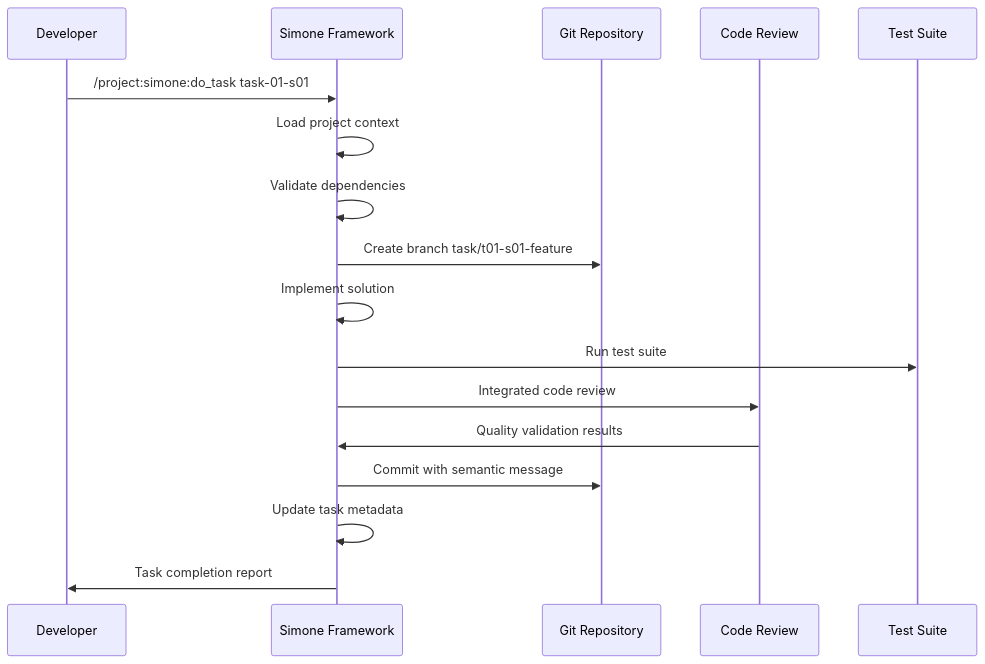
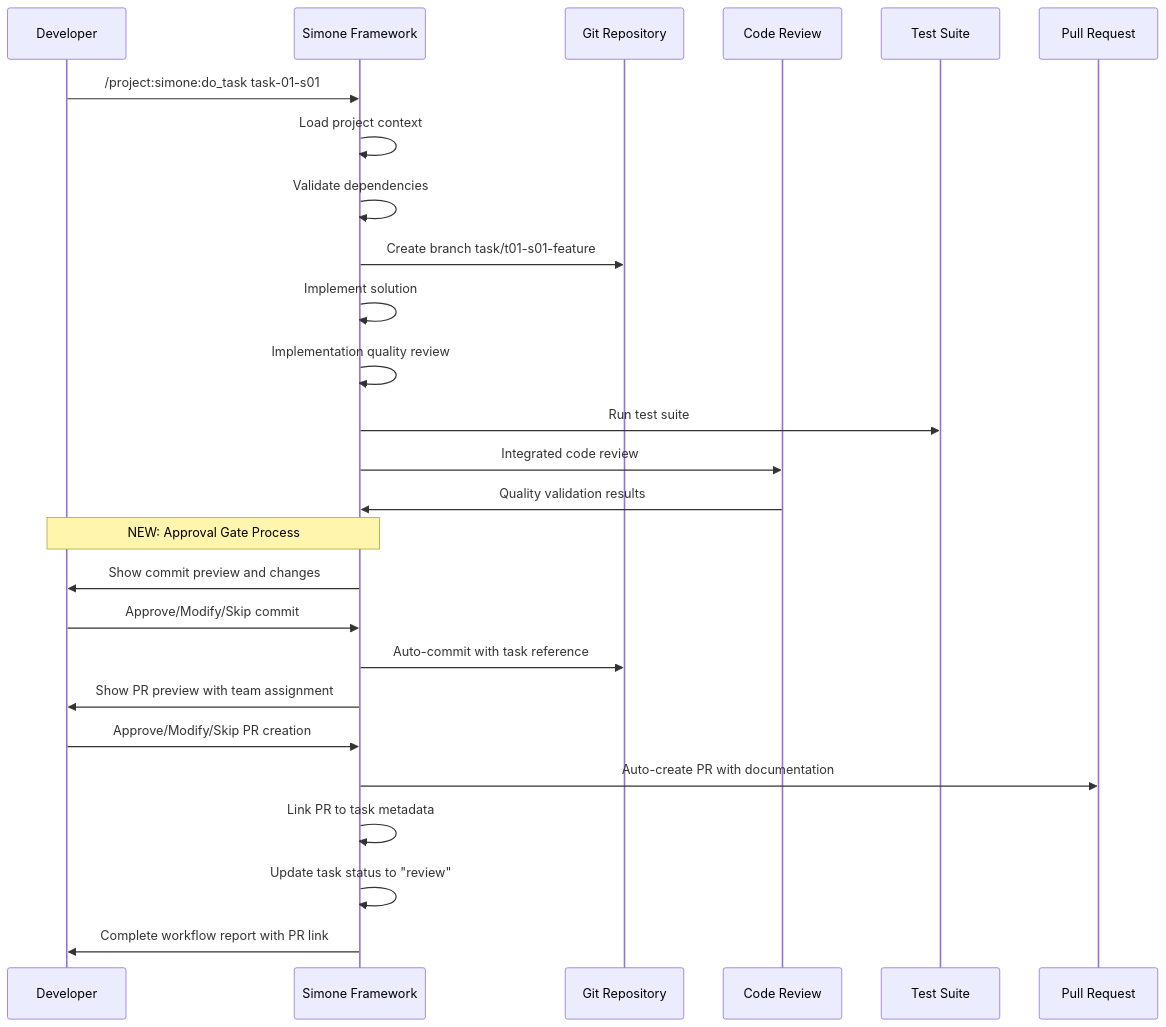
Before and after one commit to steig/claude-steig: the second of 2 diagrams in docs/workflows/sprint-execution.md, drawn with Mermaid. The commit also changed other lines of this file and 4 other files, not shown here.

First line of the commit message:
docs: comprehensive update for enhanced approval workflow features

````diff
--- a/docs/workflows/sprint-execution.md
+++ b/docs/workflows/sprint-execution.md
@@ -143,20 +159,31 @@
 ```mermaid
 sequenceDiagram
     participant Dev as Developer
     participant Simone as Simone Framework
     participant Git as Git Repository
     participant Review as Code Review
     participant Tests as Test Suite
+    participant PR as Pull Request
     
     Dev->>Simone: /project:simone:do_task task-01-s01
     Simone->>Simone: Load project context
     Simone->>Simone: Validate dependencies
     Simone->>Git: Create branch task/t01-s01-feature
     Simone->>Simone: Implement solution
+    Simone->>Simone: Implementation quality review
     Simone->>Tests: Run test suite
     Simone->>Review: Integrated code review
     Review->>Simone: Quality validation results
-    Simone->>Git: Commit with semantic message
-    Simone->>Simone: Update task metadata
-    Simone->>Dev: Task completion report
+    
+    Note over Simone,Dev: NEW: Approval Gate Process
+    Simone->>Dev: Show commit preview and changes
+    Dev->>Simone: Approve/Modify/Skip commit
+    Simone->>Git: Auto-commit with task reference
+    
+    Simone->>Dev: Show PR preview with team assignment
+    Dev->>Simone: Approve/Modify/Skip PR creation
+    Simone->>PR: Auto-create PR with documentation
+    Simone->>Simone: Link PR to task metadata
+    Simone->>Simone: Update task status to "review"
+    Simone->>Dev: Complete workflow report with PR link
 ```
````
